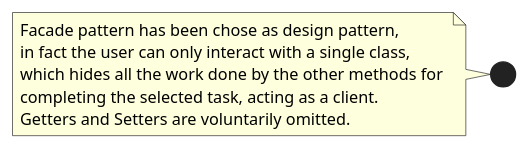
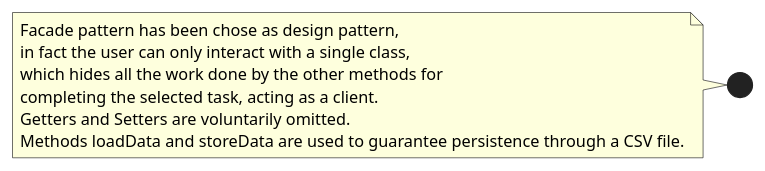
Before and after one commit to DarkSee/LaTazza: the fourth of 6 diagrams in templates/DesignDocumentTemplate.md, drawn with PlantUML. The commit also changed other lines of this file, not shown here.

Commit message:
updated note in class diagram

````diff
--- a/templates/DesignDocumentTemplate.md
+++ b/templates/DesignDocumentTemplate.md
@@ -209,9 +209,10 @@
 ```plantuml
 note left
         Facade pattern has been chose as design pattern,
         in fact the user can only interact with a single class,
         which hides all the work done by the other methods for 
         completing the selected task, acting as a client.
         Getters and Setters are voluntarily omitted.
+        Methods loadData and storeData are used to guarantee persistence through a CSV file.
 end note
 ```
````
